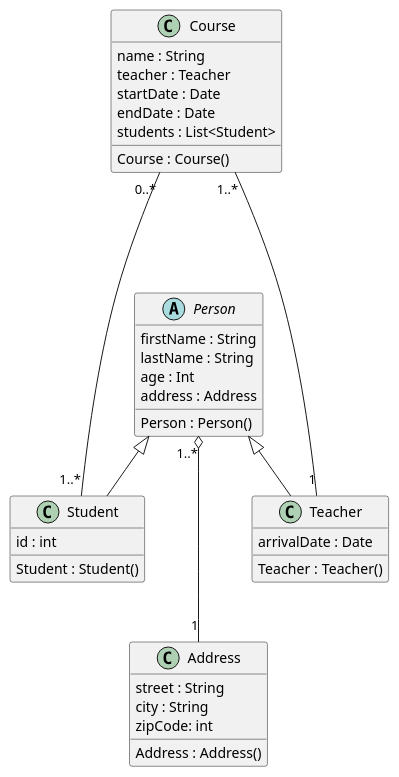
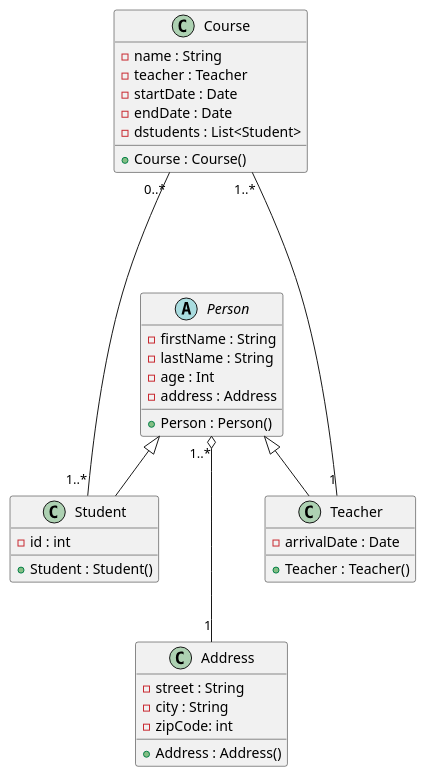
Before and after one commit to john7440/GestionEcole---Groupe: the diagram in doc/DiagramClass.puml, drawn with PlantUML.

Commit message:
ajout des types sur les attributs des classes dans le diagramme de classe

```diff
--- a/doc/DiagramClass.puml
+++ b/doc/DiagramClass.puml
@@ -1,47 +1,47 @@
 @startuml
 
 abstract class  Person{
-    firstName : String
-    lastName : String
-    age : Int
-    address : Address
+    - firstName : String
+    - lastName : String
+    - age : Int
+    - address : Address
 
-    Person : Person()
+    + Person : Person()
 }
 
 class Address{
-    street : String
-    city : String
-    zipCode: int
+    - street : String
+    - city : String
+    - zipCode: int
 
-    Address : Address()
+    + Address : Address()
 }
 
 class Student extends Person{
-    id : int
+    - id : int
 
-    Student : Student()
+    + Student : Student()
 }
 
 class Teacher extends Person{
-    arrivalDate : Date
+    - arrivalDate : Date
 
-    Teacher : Teacher()
+    + Teacher : Teacher()
 }
 
 class Course{
-    name : String
-    teacher : Teacher
-    startDate : Date
-    endDate : Date
-    students : List<Student>
+    - name : String
+    - teacher : Teacher
+    - startDate : Date
+    - endDate : Date
+    - dstudents : List<Student>
 
-    Course : Course()
+    + Course : Course()
 }
 
 Person "1..*" o--- "1" Address
 Course "1..*" ---- "1" Teacher
 Course "0..*" ---- "1..*" Student
 
 
 @enduml
```
